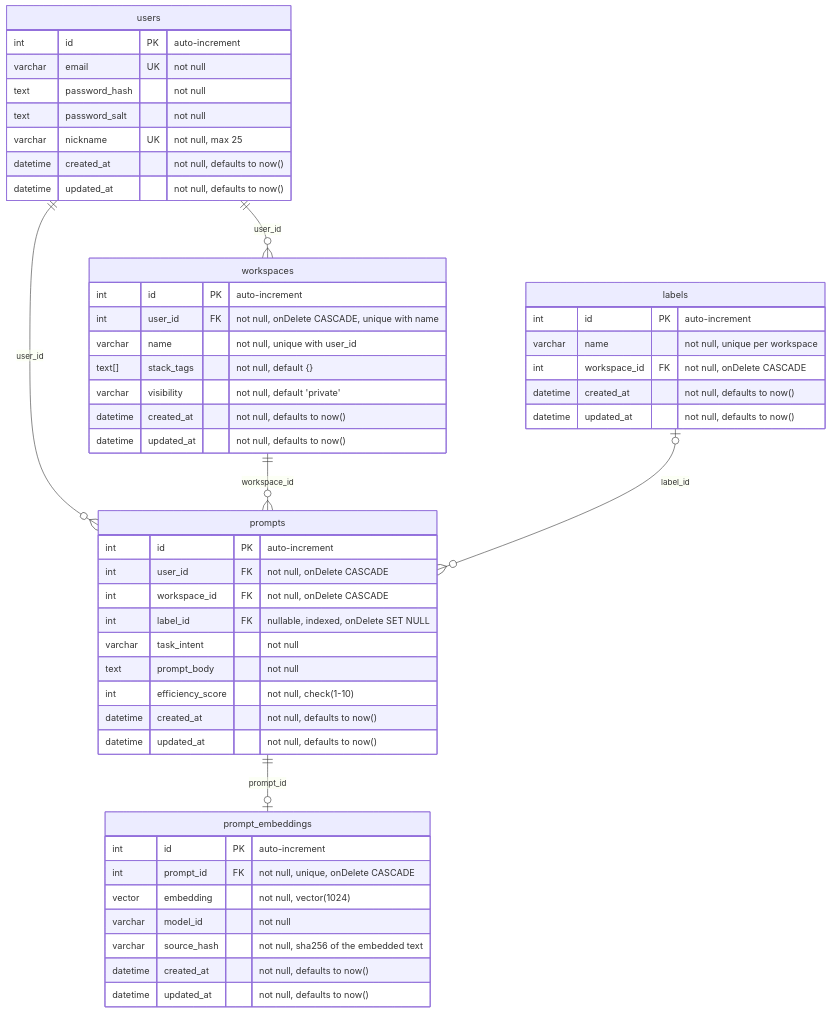
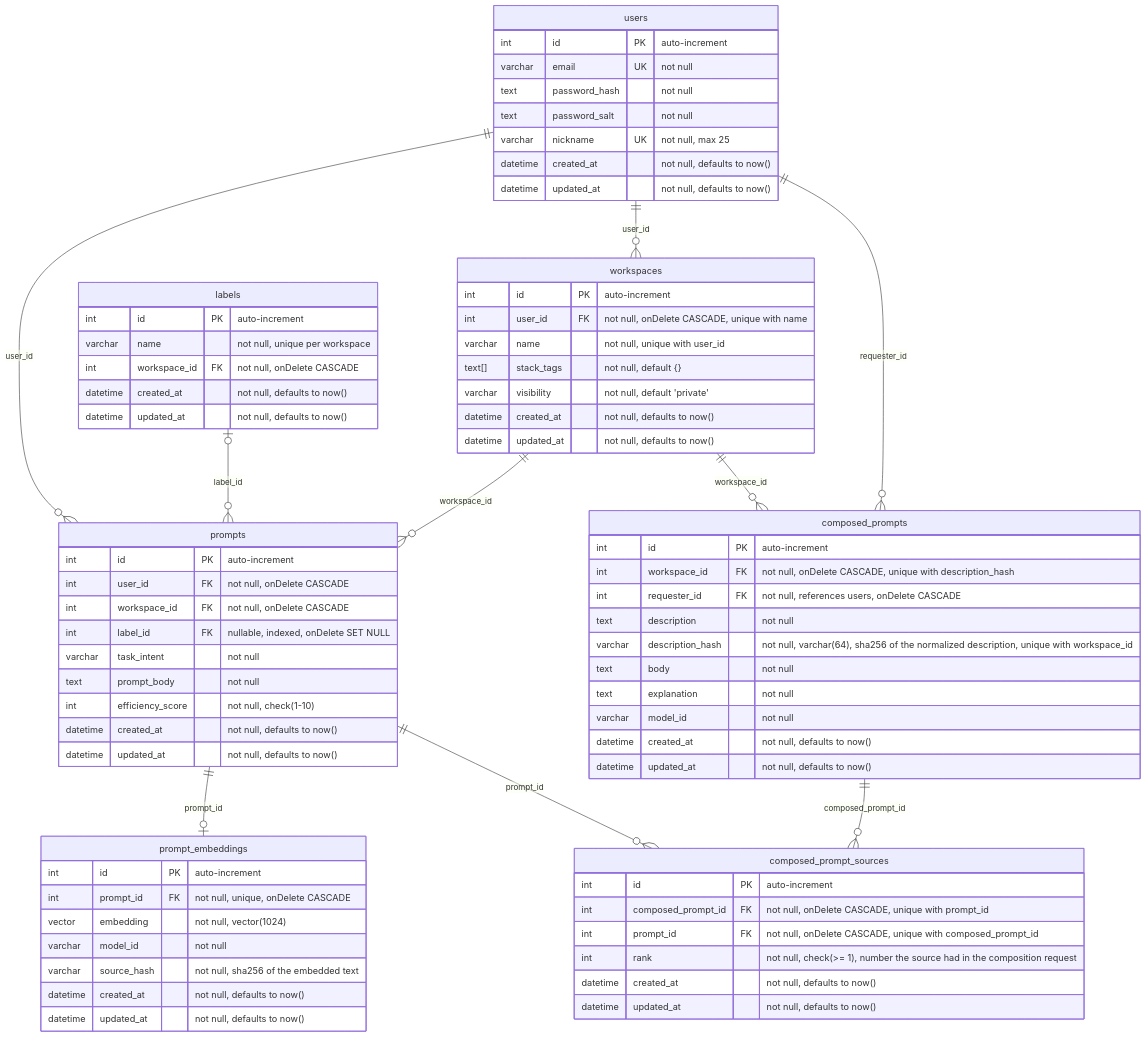
The diagram in readme.md (BinaryStudioAcademy/bsa-2026-promtomat), drawn with Mermaid before and after one commit.

Commit message:
docs: document the composed prompts tables in the readme pm-78

````diff
--- a/readme.md
+++ b/readme.md
@@ -46,6 +46,10 @@
     labels |o--o{ prompts : "label_id"
     users ||--o{ workspaces : "user_id"
     prompts ||--o| prompt_embeddings : "prompt_id"
+    workspaces ||--o{ composed_prompts : "workspace_id"
+    users ||--o{ composed_prompts : "requester_id"
+    composed_prompts ||--o{ composed_prompt_sources : "composed_prompt_id"
+    prompts ||--o{ composed_prompt_sources : "prompt_id"
 
     users {
         int id PK "auto-increment"
@@ -96,4 +100,26 @@
         datetime created_at "not null, defaults to now()"
         datetime updated_at "not null, defaults to now()"
     }
+
+    composed_prompts {
+        int id PK "auto-increment"
+        int workspace_id FK "not null, onDelete CASCADE, unique with description_hash"
+        int requester_id FK "not null, references users, onDelete CASCADE"
+        text description "not null"
+        varchar description_hash "not null, varchar(64), sha256 of the normalized description, unique with workspace_id"
+        text body "not null"
+        text explanation "not null"
+        varchar model_id "not null"
+        datetime created_at "not null, defaults to now()"
+        datetime updated_at "not null, defaults to now()"
+    }
+
+    composed_prompt_sources {
+        int id PK "auto-increment"
+        int composed_prompt_id FK "not null, onDelete CASCADE, unique with prompt_id"
+        int prompt_id FK "not null, onDelete CASCADE, unique with composed_prompt_id"
+        int rank "not null, check(>= 1), number the source had in the composition request"
+        datetime created_at "not null, defaults to now()"
+        datetime updated_at "not null, defaults to now()"
+    }
 ```
````
